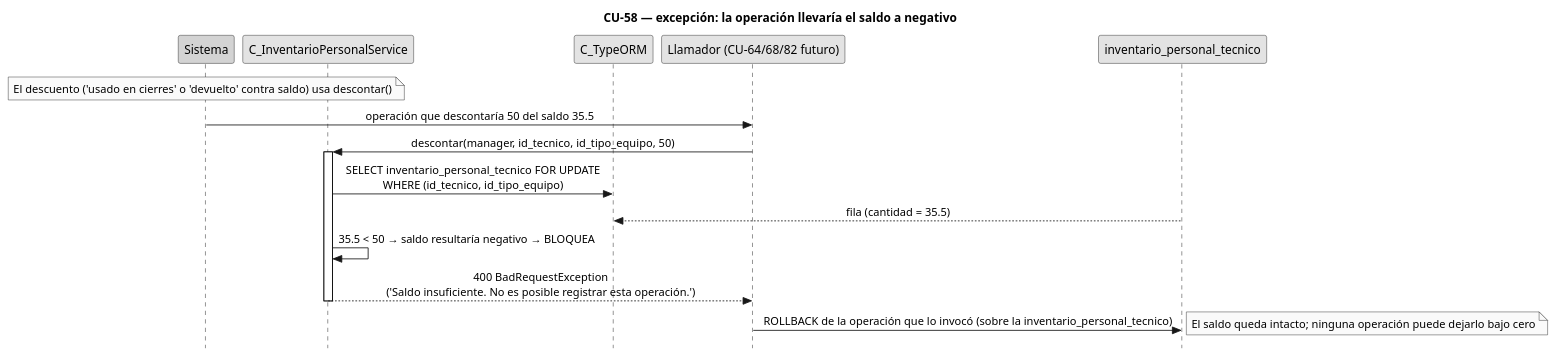
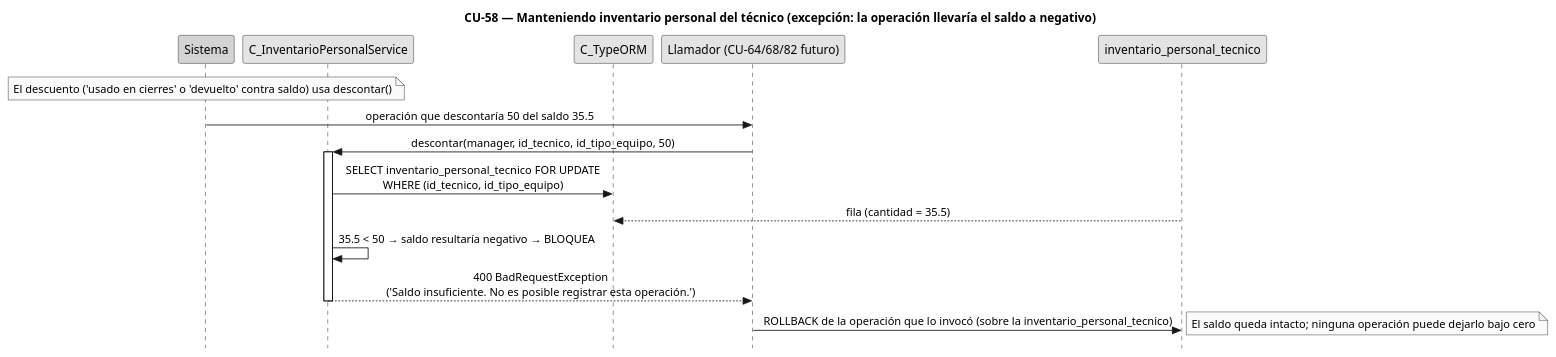
Before and after one commit to FSM-Finet-y-Cable-Magico/Team_1-Inventario-y-Bodega: the diagram in diagramas/diagramas-secuencia/CU58/CU58-exc-saldo-negativo.puml, drawn with PlantUML. The commit also changed 23 other files, not shown here.

Commit message:
docs(diagramas): agrega el nombre oficial del CU a los títulos de CU-52/54/55/56/58/59/60/62/78/84 (formato incremento 1) y re-render

```diff
--- a/diagramas/diagramas-secuencia/CU58/CU58-exc-saldo-negativo.puml
+++ b/diagramas/diagramas-secuencia/CU58/CU58-exc-saldo-negativo.puml
@@ -1,40 +1,40 @@
 @startuml CU58-exc-saldo-negativo
-title CU-58 — excepción: la operación llevaría el saldo a negativo
+title CU-58 — Manteniendo inventario personal del técnico (excepción: la operación llevaría el saldo a negativo)
 skinparam style strictuml
 skinparam monochrome true
 skinparam shadowing false
 skinparam sequenceMessageAlign center
 <style>
 sequenceDiagram {
   participant {
     margin 30
   }
   actor {
     margin 12
   }
 }
 </style>
 skinparam sequence {
   MessageAlign center
   LifeLineBorderColor black
 }
 hide footbox
 
 participant "Sistema" as sys #lightgrey
 participant "C_InventarioPersonalService" as ips
 participant "C_TypeORM" as orm
 participant "Llamador (CU-64/68/82 futuro)" as caller
 participant "inventario_personal_tecnico" as invp
 
 note over sys : El descuento ('usado en cierres' o 'devuelto' contra saldo) usa descontar()
 sys -> caller : operación que descontaría 50 del saldo 35.5
 caller -> ips : descontar(manager, id_tecnico, id_tipo_equipo, 50)
 activate ips
 ips -> orm : SELECT inventario_personal_tecnico FOR UPDATE\nWHERE (id_tecnico, id_tipo_equipo)
 invp --> orm : fila (cantidad = 35.5)
 ips -> ips : 35.5 < 50 → saldo resultaría negativo → BLOQUEA
 ips --> caller : 400 BadRequestException\n('Saldo insuficiente. No es posible registrar esta operación.')
 deactivate ips
 caller -> invp :ROLLBACK de la operación que lo invocó (sobre la inventario_personal_tecnico)
 note right : El saldo queda intacto; ninguna operación puede dejarlo bajo cero
 @enduml
```
